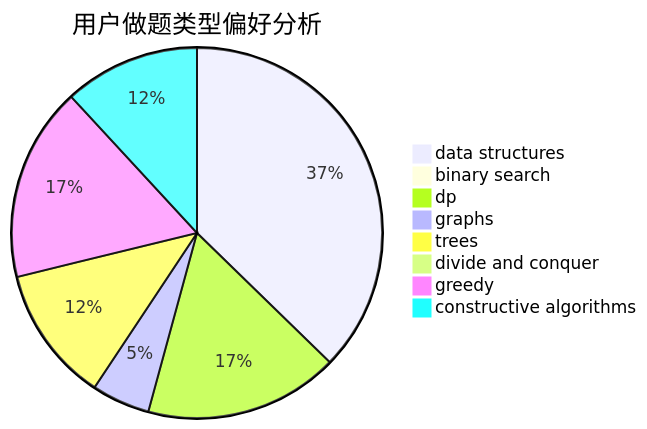
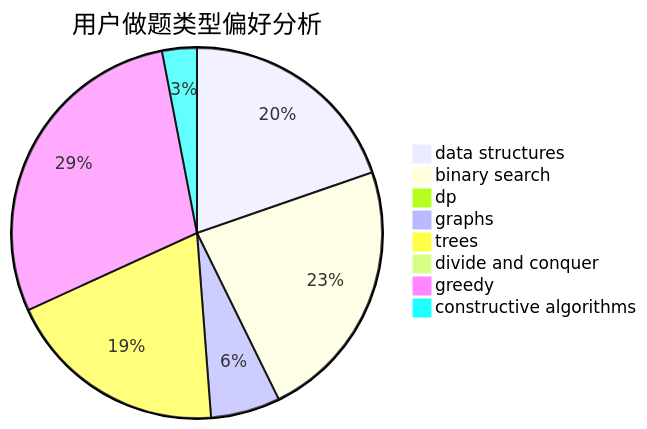
The second of 3 diagrams in docs/user/u1992.md (sherpahu/cfrs.github.io), drawn with Mermaid before and after one commit. The commit also changed other lines of this file and 2770 other files, not shown here.

````diff
--- a/docs/user/u1992.md
+++ b/docs/user/u1992.md
@@ -23,11 +23,11 @@
 ```mermaid
 pie title 用户做题类型偏好分析
-    "data structures" :  22
-    "binary search" :  0
-    "dp" :  10
-    "graphs" :  3
-    "trees" :  7
-    "divide and conquer" :  0
-    "greedy" :  10
-    "constructive algorithms" :  7
+    "data structures" :  65
+    "binary search" :  76
+    "dp" :  0
+    "graphs" :  20
+    "trees" :  64
+    "divide and conquer" :  1
+    "greedy" :  95
+    "constructive algorithms" :  10
 ```
````
